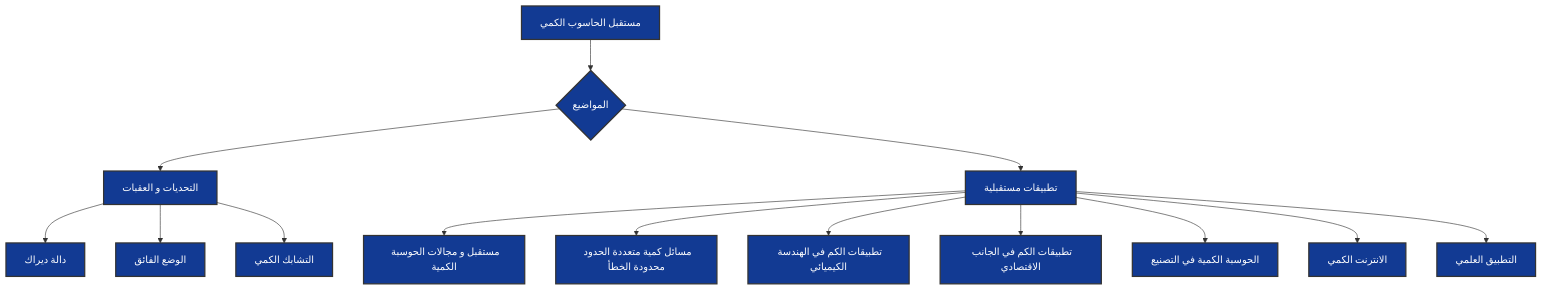
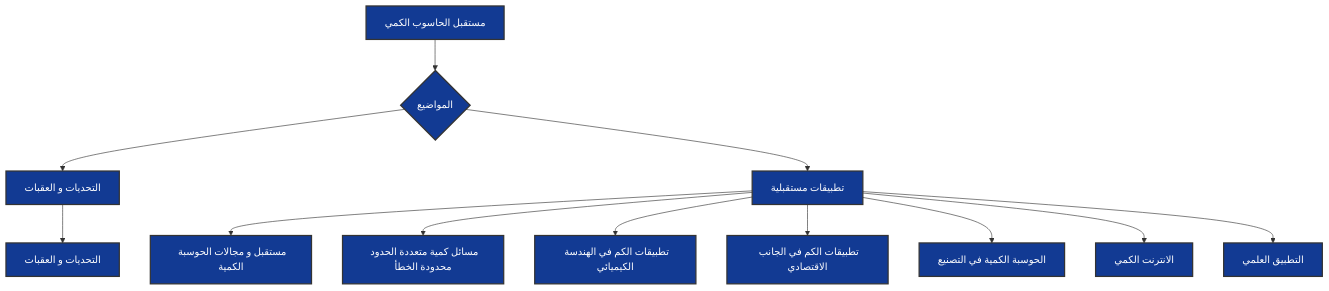
Before and after one commit to georgejaber/docfx_project: the diagram in future_of_quantum_computing/intro.md, drawn with Mermaid. The commit also changed other lines of this file, not shown here.

Commit message:
الروابط

````diff
--- a/future_of_quantum_computing/intro.md
+++ b/future_of_quantum_computing/intro.md
@@ -18,32 +18,32 @@
 ```mermaid
+
 
 graph TD
 
     A[  مستقبل الحاسوب الكمي] -->
 
     C{المواضيع} 
 
     C --> V[التحديات و العقبات    ] 
 
-    V--> Z[دالة ديراك]
-    V--> M[الوضع الفائق]
-     V-->N[التشابك الكمي]
+    V--> Z[التحديات و العقبات ]
+
 
     C --> E[ تطبيقات مستقبلية]
 
        E--> H[ مستقبل و مجالات الحوسبة الكمية  ]
        E--> L[ مسائل كمية متعددة الحدود محدودة الخطأ ]
        E--> W[  تطبيقات الكم في الهندسة الكيميائي ]
       E --> I[ تطبيقات الكم في الجانب الاقتصادي ]
       E-->  R[  الحوسبة الكمية في التصنيع ]
       E--> Q[ الانترنت الكمي ] 
      E--> S[ التطبيق العلمي  ] 
 
 
 
 classDef blue fill:#123a93 ,stroke:#333,stroke-width:2px  ,color : #ffffff
 
 class M,Z,V,E,C,Q,R,I,W,L,H,N,A,S blue
 
 
 ```  
````
